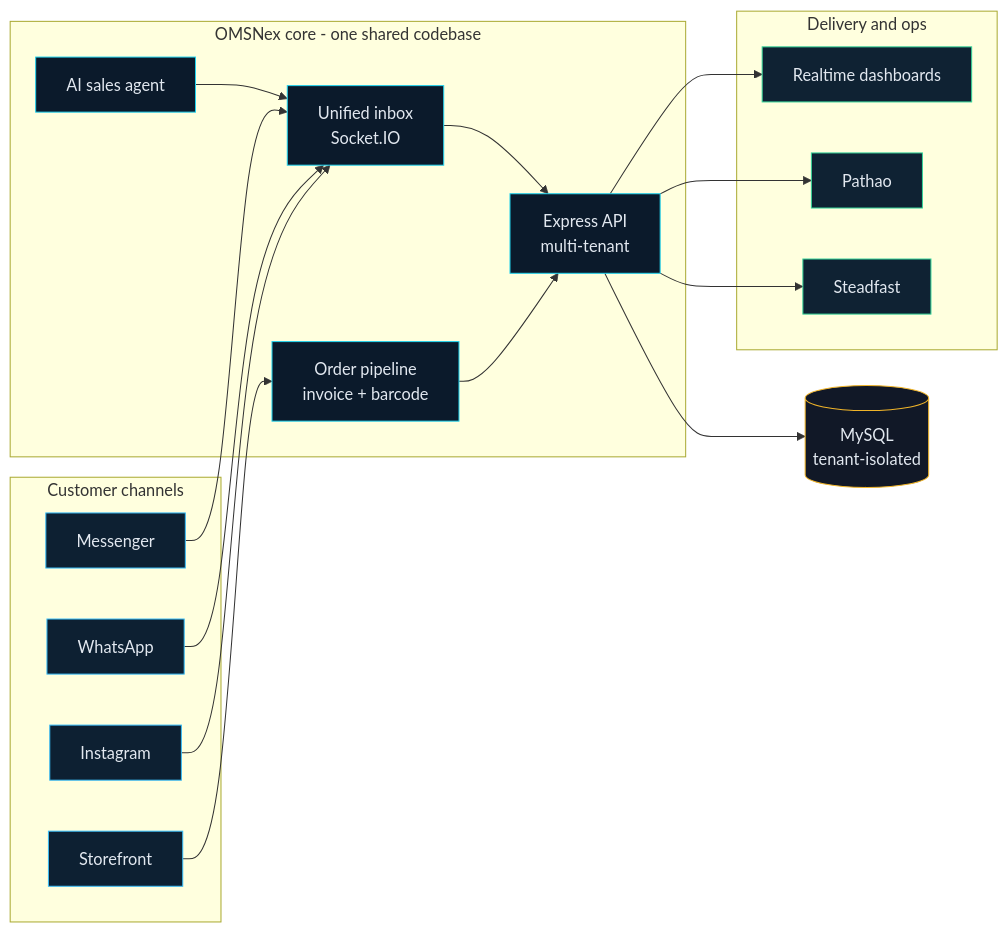
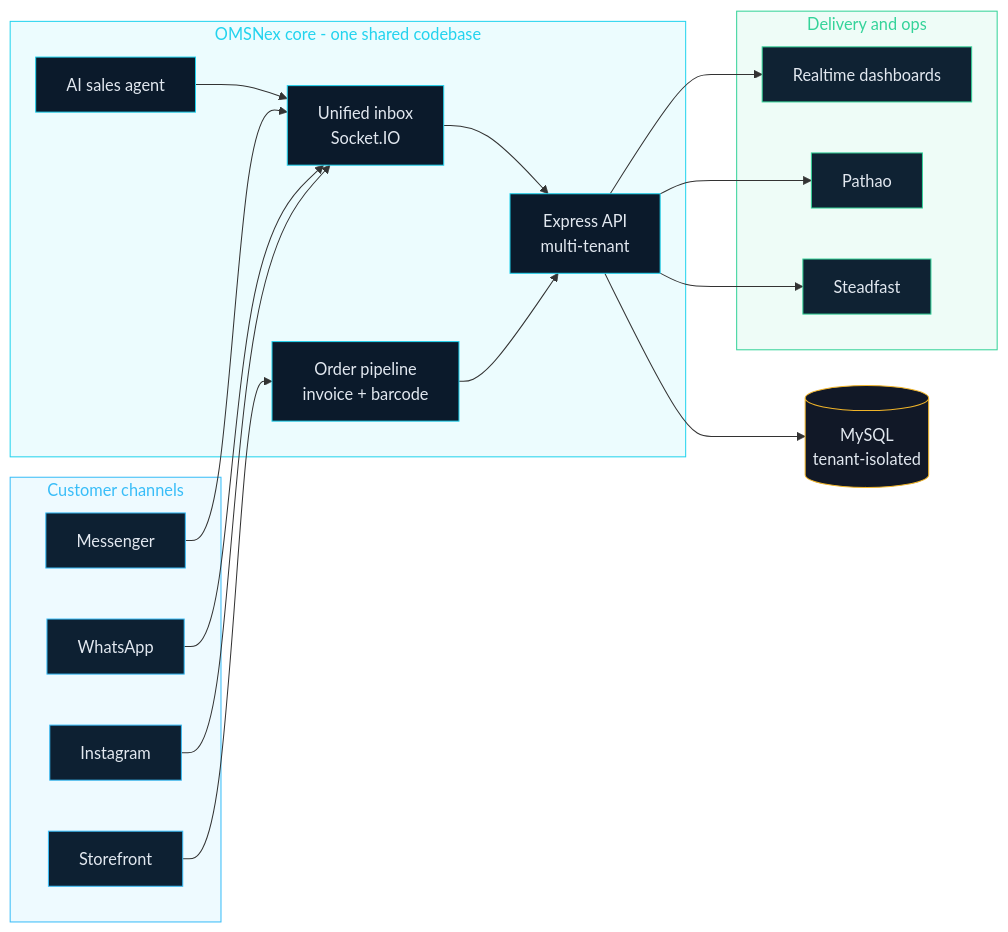
One commit to abdussadir/abdussadir changed the diagram in README.md. Above: the diagram before and after it, drawn with Mermaid. The commit also changed other lines of this file and 2 other files, not shown here.

Commit message:
Add copyright/licence layer, SVG provenance metadata, fix mermaid subgraph styling

````diff
--- a/README.md
+++ b/README.md
@@ -43,41 +54,45 @@
 ```mermaid
 flowchart LR
   subgraph CH["Customer channels"]
     FB["Messenger"]:::ch
     WA["WhatsApp"]:::ch
     IG["Instagram"]:::ch
     WEB["Storefront"]:::ch
   end
 
   subgraph CORE["OMSNex core - one shared codebase"]
     API["Express API<br/>multi-tenant"]:::core
     INBOX["Unified inbox<br/>Socket.IO"]:::core
     ORD["Order pipeline<br/>invoice + barcode"]:::core
     AI["AI sales agent"]:::core
   end
 
   subgraph OUT["Delivery and ops"]
     SF["Steadfast"]:::out
     PT["Pathao"]:::out
     DASH["Realtime dashboards"]:::out
   end
 
   DB[("MySQL<br/>tenant-isolated")]:::db
 
   FB --> INBOX
   WA --> INBOX
   IG --> INBOX
   WEB --> ORD
   AI --> INBOX
   INBOX --> API
   ORD --> API
   API --> DB
   API --> SF
   API --> PT
   API --> DASH
 
   classDef ch fill:#0d2032,stroke:#38bdf8,color:#e2e8f0
   classDef core fill:#0b1a2b,stroke:#22d3ee,color:#e2e8f0
   classDef out fill:#0f2233,stroke:#34d399,color:#e2e8f0
   classDef db fill:#111827,stroke:#f0b429,color:#e2e8f0
+
+  style CH fill:#38bdf815,stroke:#38bdf8,stroke-width:1px,color:#38bdf8
+  style CORE fill:#22d3ee15,stroke:#22d3ee,stroke-width:1px,color:#22d3ee
+  style OUT fill:#34d39915,stroke:#34d399,stroke-width:1px,color:#34d399
 ```
````
